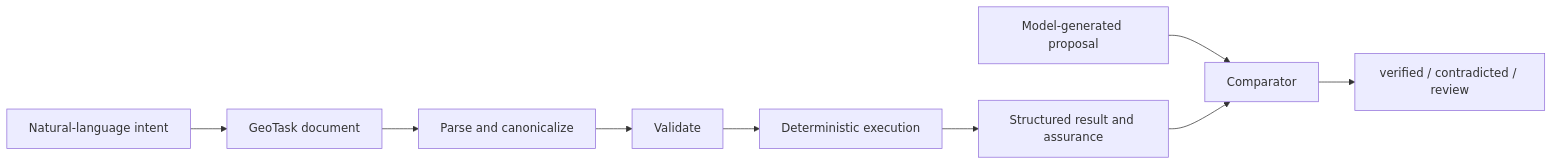
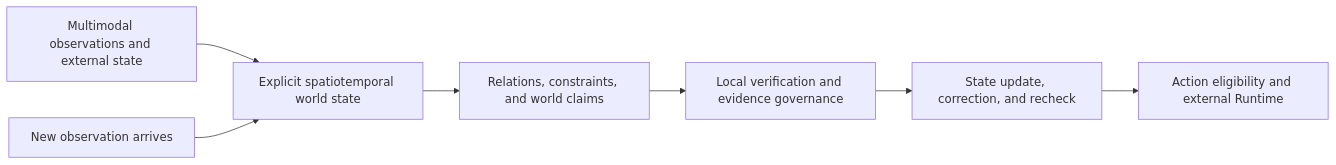
Before and after one commit to stpku/GeoTask: the diagram in README.en.md, drawn with Mermaid. The commit also changed other lines of this file and 125 other files, not shown here.

Commit message:
docs(positioning): define verifiable world model from source da64df0

````diff
--- a/README.en.md
+++ b/README.en.md
@@ -46,11 +56,9 @@
 ```mermaid
 flowchart LR
-  A[Natural-language intent] --> B[GeoTask document]
-  B --> C[Parse and canonicalize]
-  C --> D[Validate]
-  D --> E[Deterministic execution]
-  E --> F[Structured result and assurance]
-  M[Model-generated proposal] --> G[Comparator]
-  F --> G
-  G --> H[verified / contradicted / review]
+  O[Multimodal observations and external state] --> W[Explicit spatiotemporal world state]
+  W --> R[Relations, constraints, and world claims]
+  R --> V[Local verification and evidence governance]
+  V --> U[State update, correction, and recheck]
+  U --> G[Action eligibility and external Runtime]
+  N[New observation arrives] --> W
 ```
````
